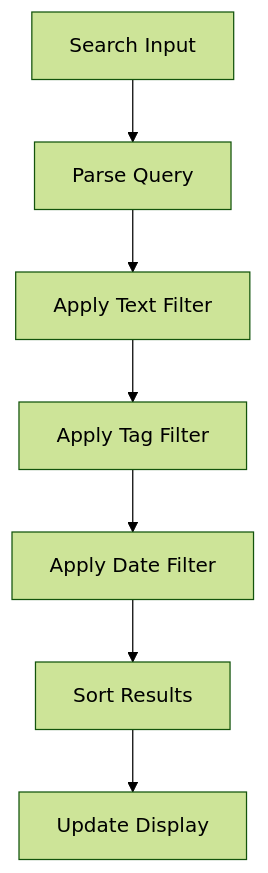
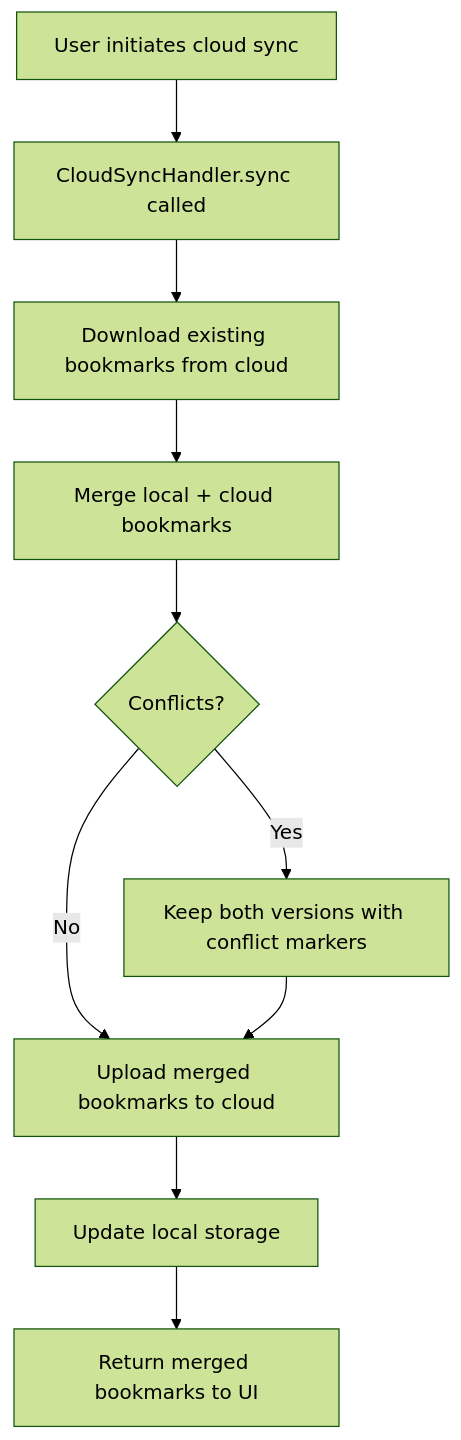
The second of 3 diagrams in docs/content/docs/development/architecture.mdx (wyattowalsh/iina-plugin-bookmarks), drawn with Mermaid (forest theme) before and after one commit. The commit also changed other lines of this file and 26 other files, not shown here.

````diff
--- a/docs/content/docs/development/architecture.mdx
+++ b/docs/content/docs/development/architecture.mdx
@@ -142,9 +213,12 @@
 ```mermaid
 graph TD
-    A[Search Input] --> B[Parse Query]
-    B --> C[Apply Text Filter]
-    C --> D[Apply Tag Filter]
-    D --> E[Apply Date Filter]
-    E --> F[Sort Results]
-    F --> G[Update Display]
+    A[User initiates cloud sync] --> B[CloudSyncHandler.sync called]
+    B --> C[Download existing bookmarks from cloud]
+    C --> D[Merge local + cloud bookmarks]
+    D --> E{Conflicts?}
+    E -->|Yes| F[Keep both versions with conflict markers]
+    E -->|No| G[Upload merged bookmarks to cloud]
+    F --> G
+    G --> H[Update local storage]
+    H --> I[Return merged bookmarks to UI]
 ```
````
